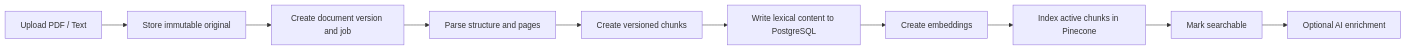
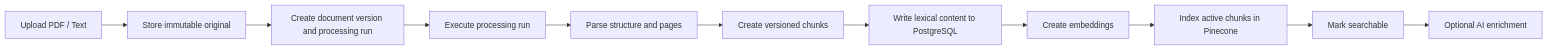
The second of 4 diagrams in docs/02-system-design.md (rnkraus/investment-research), drawn with Mermaid before and after one commit. The commit also changed other lines of this file and 8 other files, not shown here.

Commit message:
docs: finalize M0.0 architecture and implementation plan

````diff
--- a/docs/02-system-design.md
+++ b/docs/02-system-design.md
@@ -99,12 +107,13 @@
 ```mermaid
 flowchart LR
     A[Upload PDF / Text] --> B[Store immutable original]
-    B --> C[Create document version and job]
-    C --> D[Parse structure and pages]
-    D --> E[Create versioned chunks]
-    E --> F[Write lexical content to PostgreSQL]
-    F --> G[Create embeddings]
-    G --> H[Index active chunks in Pinecone]
-    H --> I[Mark searchable]
-    I --> J[Optional AI enrichment]
+    B --> C[Create document version and processing run]
+    C --> D[Execute processing run]
+    D --> E[Parse structure and pages]
+    E --> F[Create versioned chunks]
+    F --> G[Write lexical content to PostgreSQL]
+    G --> H[Create embeddings]
+    H --> I[Index active chunks in Pinecone]
+    I --> J[Mark searchable]
+    J --> K[Optional AI enrichment]
 ```
````
